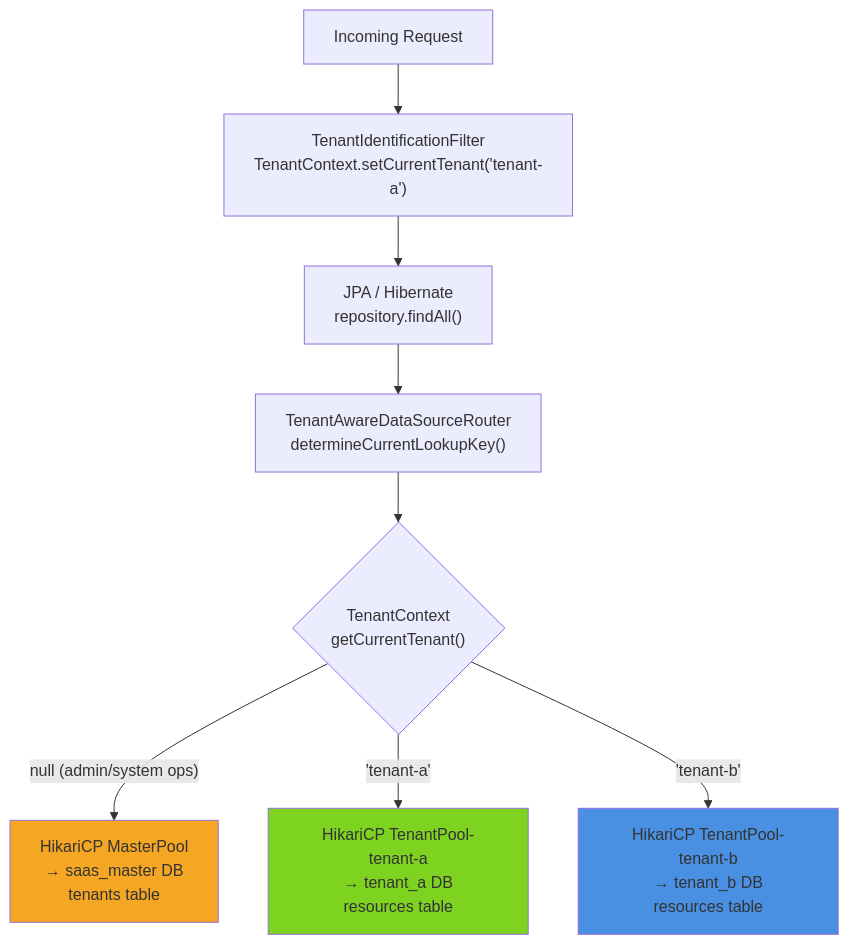
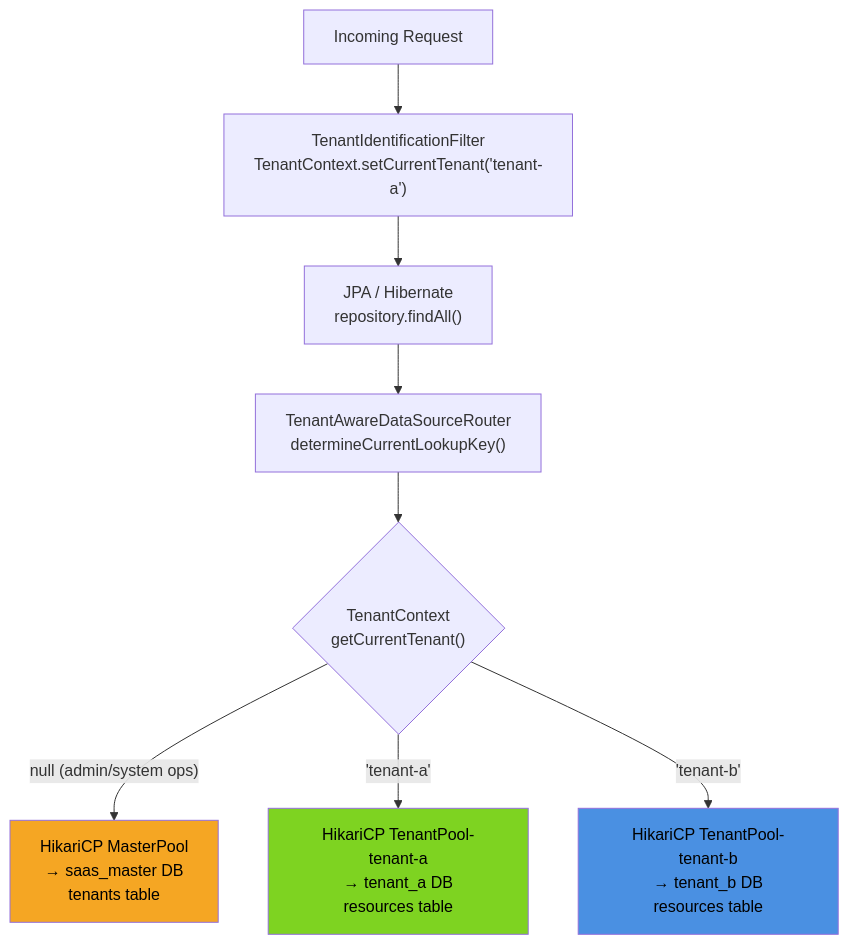
One commit to adarsh-yadav1/multitenant-isolation-engine changed the fifth of 8 diagrams in docs/architecture.md. Above: the diagram before and after it, drawn with Mermaid.

Commit message:
docs: updated color of text in architecture.md

````diff
--- a/docs/architecture.md
+++ b/docs/architecture.md
@@ -213,26 +213,26 @@
 ```mermaid
 flowchart TD
     REQ["Incoming Request"] --> TIF
 
     TIF["TenantIdentificationFilter<br/>TenantContext.setCurrentTenant('tenant-a')"]
     TIF --> JPA
 
     JPA["JPA / Hibernate<br/>repository.findAll()"]
     JPA --> DSR
 
     DSR["TenantAwareDataSourceRouter<br/>determineCurrentLookupKey()"]
     DSR --> CHECK
 
     CHECK{"TenantContext<br/>getCurrentTenant()"}
     CHECK -->|"null (admin/system ops)"| MASTER
     CHECK -->|"'tenant-a'"| POOL_A
     CHECK -->|"'tenant-b'"| POOL_B
 
     MASTER["HikariCP MasterPool<br/>→ saas_master DB<br/>tenants table"]
     POOL_A["HikariCP TenantPool-tenant-a<br/>→ tenant_a DB<br/>resources table"]
     POOL_B["HikariCP TenantPool-tenant-b<br/>→ tenant_b DB<br/>resources table"]
 
-    style MASTER fill:#f5a623
-    style POOL_A fill:#7ed321
-    style POOL_B fill:#4a90e2
+    style MASTER fill:#f5a623,color:#000
+    style POOL_A fill:#7ed321,color:#000
+    style POOL_B fill:#4a90e2,color:#000
 ```
````
